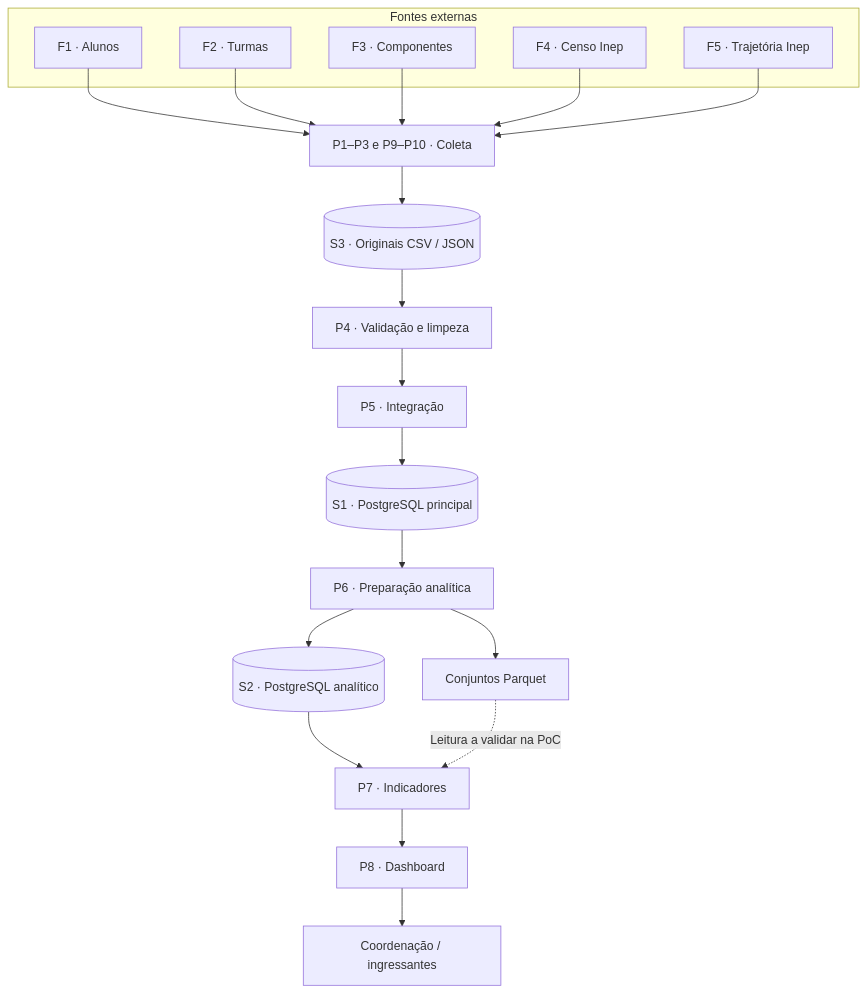
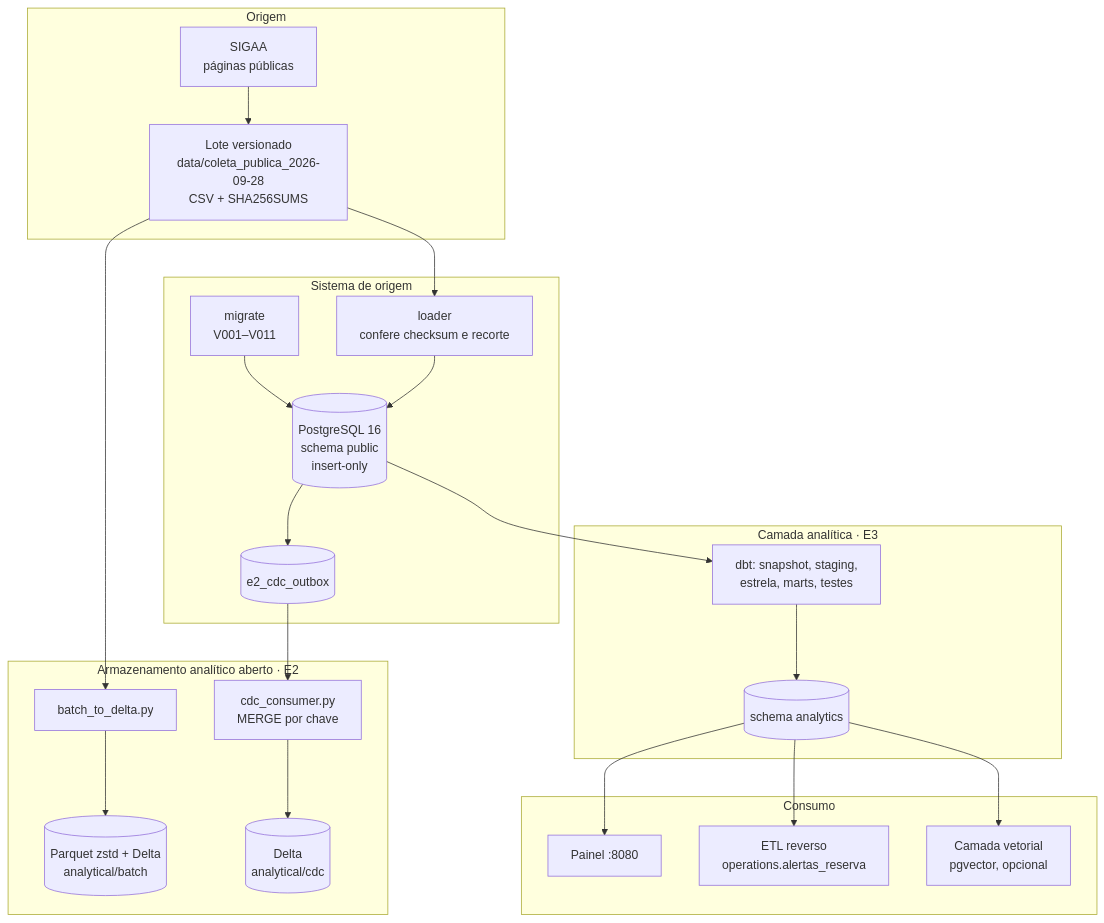
Before and after one commit to Trajetorias-Academicas-BD2-2026-2/documentation: the diagram in docs/projeto/arquitetura.md, drawn with Mermaid. The commit also changed other lines of this file and 6 other files, not shown here.

````diff
--- a/docs/projeto/arquitetura.md
+++ b/docs/projeto/arquitetura.md
@@ -10,26 +5,25 @@
 ```mermaid
 flowchart TB
-    subgraph fontes[Fontes externas]
-        F1[F1 · Alunos]
-        F2[F2 · Turmas]
-        F3[F3 · Componentes]
-        F4[F4 · Censo Inep]
-        F5[F5 · Trajetória Inep]
+    subgraph origem[Origem]
+        S[SIGAA<br/>páginas públicas] --> L[Lote versionado<br/>data/coleta_publica_2026-09-28<br/>CSV + SHA256SUMS]
     end
-    F1 --> C[P1–P3 e P9–P10 · Coleta]
-    F2 --> C
-    F3 --> C
-    F4 --> C
-    F5 --> C
-    C --> S3[(S3 · Originais CSV / JSON)]
-    S3 --> P4[P4 · Validação e limpeza]
-    P4 --> P5[P5 · Integração]
-    P5 --> S1[(S1 · PostgreSQL principal)]
-    S1 --> P6[P6 · Preparação analítica]
-    P6 --> S2[(S2 · PostgreSQL analítico)]
-    P6 --> PQ[Conjuntos Parquet]
-    S2 --> P7[P7 · Indicadores]
-    PQ -. Leitura a validar na PoC .-> P7
-    P7 --> P8[P8 · Dashboard]
-    P8 --> U[Coordenação / ingressantes]
+    subgraph oltp[Sistema de origem]
+        L --> LD[loader<br/>confere checksum e recorte]
+        M[migrate<br/>V001–V011] --> PG
+        LD --> PG[(PostgreSQL 16<br/>schema public<br/>insert-only)]
+        PG --> OB[(e2_cdc_outbox)]
+    end
+    subgraph aberto[Armazenamento analítico aberto · E2]
+        L --> B[batch_to_delta.py] --> BD[(Parquet zstd + Delta<br/>analytical/batch)]
+        OB --> C[cdc_consumer.py<br/>MERGE por chave] --> CD[(Delta<br/>analytical/cdc)]
+    end
+    subgraph analitica[Camada analítica · E3]
+        PG --> DBT[dbt: snapshot, staging,<br/>estrela, marts, testes]
+        DBT --> AN[(schema analytics)]
+    end
+    subgraph consumo[Consumo]
+        AN --> P[Painel :8080]
+        AN --> R[ETL reverso<br/>operations.alertas_reserva]
+        AN --> V[Camada vetorial<br/>pgvector, opcional]
+    end
 ```
````
